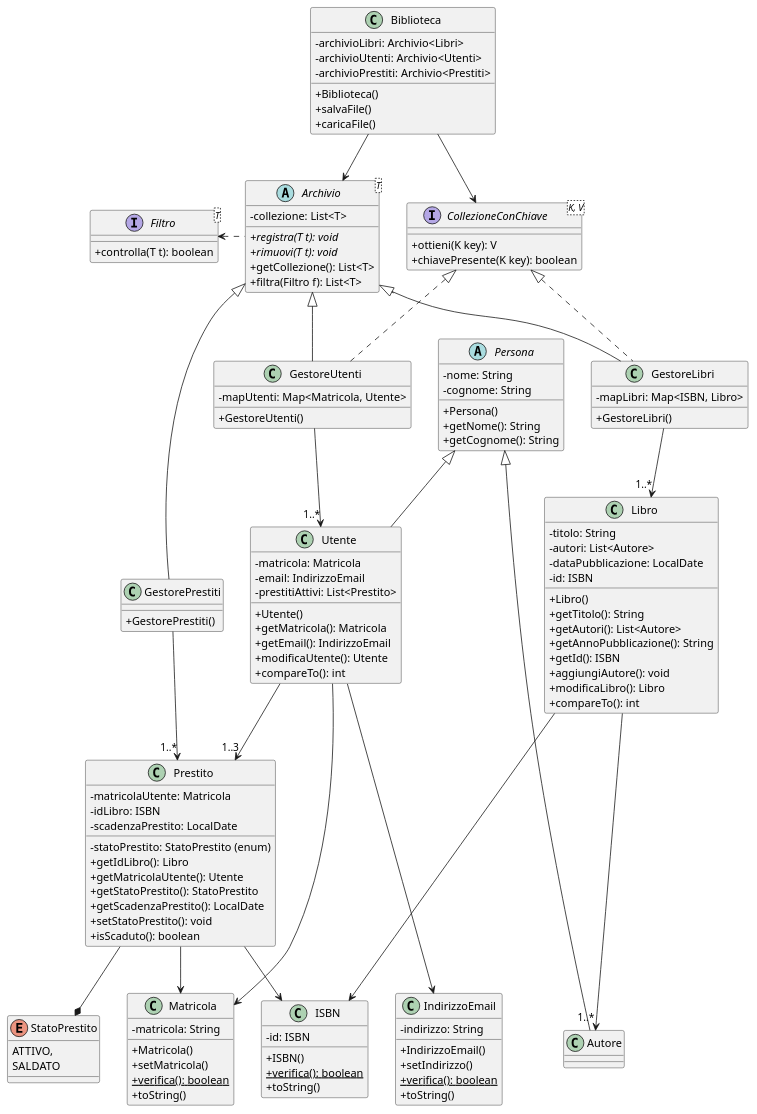
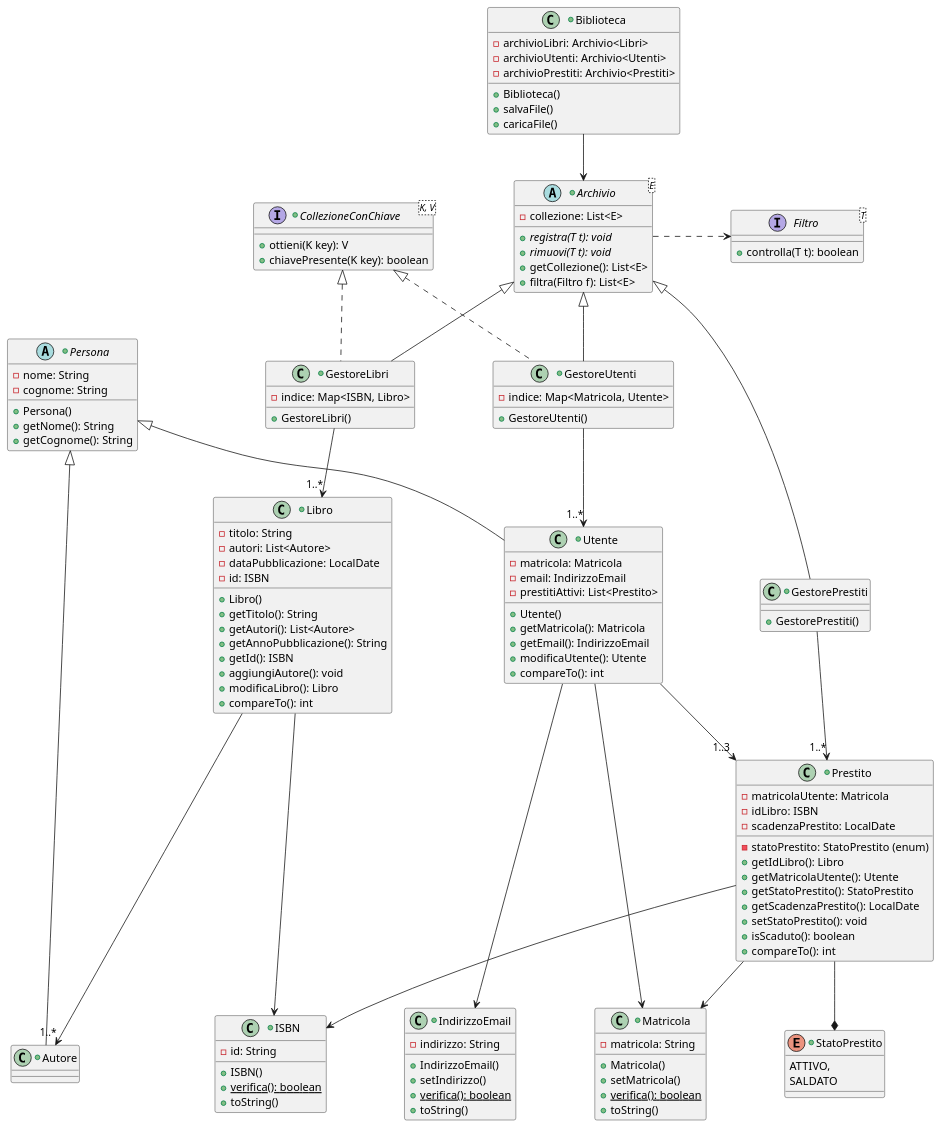
One commit to Meziu/easylibrary changed the diagram in docs/uml/classes.puml. Above: the diagram before and after it, drawn with PlantUML.

Commit message:
Interfaccia Filtro e modifihe estetiche

```diff
--- a/docs/uml/classes.puml
+++ b/docs/uml/classes.puml
@@ -1,158 +1,160 @@
 @startuml
-skinparam classAttributeIconSize 0
+'skinparam classAttributeIconSize 0
+skinparam nodesep 100
 
 interface Filtro<T> {
     +controlla(T t): boolean
 }
 
-+abstract class Archivio<T> {
-    -collezione: List<T>
++abstract class Archivio<E> {
+    -collezione: List<E>
 
     +registra(T t): void {abstract}
     +rimuovi(T t): void {abstract}
-    +getCollezione(): List<T>
-    +filtra(Filtro f): List<T>
+    +getCollezione(): List<E>
+    +filtra(Filtro f): List<E>
 }
 
 +interface CollezioneConChiave<K, V> {
     +ottieni(K key): V
     +chiavePresente(K key): boolean
 }
 
 +abstract class Persona{
     -nome: String
     -cognome: String
 
     +Persona()
     +getNome(): String
     +getCognome(): String
 }
 
 +class Utente extends Persona{
     -matricola: Matricola
     -email: IndirizzoEmail
     -prestitiAttivi: List<Prestito>
 
     +Utente()
     +getMatricola(): Matricola
     +getEmail(): IndirizzoEmail
     +modificaUtente(): Utente
     +compareTo(): int
 }
 
 +class Matricola {
     -matricola: String
 
     +Matricola()
     +setMatricola()
     +verifica(): boolean {static}
     +toString()
 }
 
 +class IndirizzoEmail {
     -indirizzo: String
 
     +IndirizzoEmail()
     +setIndirizzo()
     +verifica(): boolean {static}
     +toString()
 }
 
 
 +class Libro{
     -titolo: String
     -autori: List<Autore>
     -dataPubblicazione: LocalDate
     -id: ISBN
 
     +Libro()
     +getTitolo(): String
     +getAutori(): List<Autore>
     +getAnnoPubblicazione(): String
     +getId(): ISBN
     +aggiungiAutore(): void
     +modificaLibro(): Libro
     +compareTo(): int
 }
 
 +class ISBN {
-    -id: ISBN
+    -id: String
 
     +ISBN()
     +verifica(): boolean {static}
     +toString()
 }
 
 +class Autore extends Persona{
 }
 
 
 +class Prestito{
     -matricolaUtente: Matricola
     -idLibro: ISBN
     -statoPrestito: StatoPrestito (enum)
     -scadenzaPrestito: LocalDate
 
     +getIdLibro(): Libro
     +getMatricolaUtente(): Utente
     +getStatoPrestito(): StatoPrestito
     +getScadenzaPrestito(): LocalDate
     +setStatoPrestito(): void
     +isScaduto(): boolean
+    +compareTo(): int
 }
 
 +enum StatoPrestito{
     ATTIVO,
     SALDATO
 }
 
 
 +class Biblioteca {
     -archivioLibri: Archivio<Libri>
     -archivioUtenti: Archivio<Utenti>
     -archivioPrestiti: Archivio<Prestiti>
 
     +Biblioteca()
     +salvaFile()
     +caricaFile()
 }
 
 
 +class GestoreLibri extends Archivio implements CollezioneConChiave {
-    -mapLibri: Map<ISBN, Libro>
+    -indice: Map<ISBN, Libro>
 
     +GestoreLibri()
 }
 
 
 +class GestoreUtenti extends Archivio implements CollezioneConChiave {
-    -mapUtenti: Map<Matricola, Utente>
+    -indice: Map<Matricola, Utente>
 
     +GestoreUtenti()
 }
 
 
 +class GestorePrestiti extends Archivio {
 
     +GestorePrestiti()
 }
 
 
 Biblioteca --> Archivio
-Biblioteca --> CollezioneConChiave
+'Biblioteca ..> CollezioneConChiave
 
-Archivio .left.> Filtro
+Archivio .right.> Filtro
 
 Utente --> "1..3" Prestito
 Utente --> Matricola
 Utente ---> IndirizzoEmail
 Libro ---> "1..*" Autore
 Libro --> ISBN
 Prestito --> Matricola
 Prestito --> ISBN
 Prestito --* StatoPrestito
 
 GestoreUtenti --> "1..*" Utente
 GestoreLibri --> "1..*" Libro
 GestorePrestiti --> "1..*" Prestito
 @enduml
```
